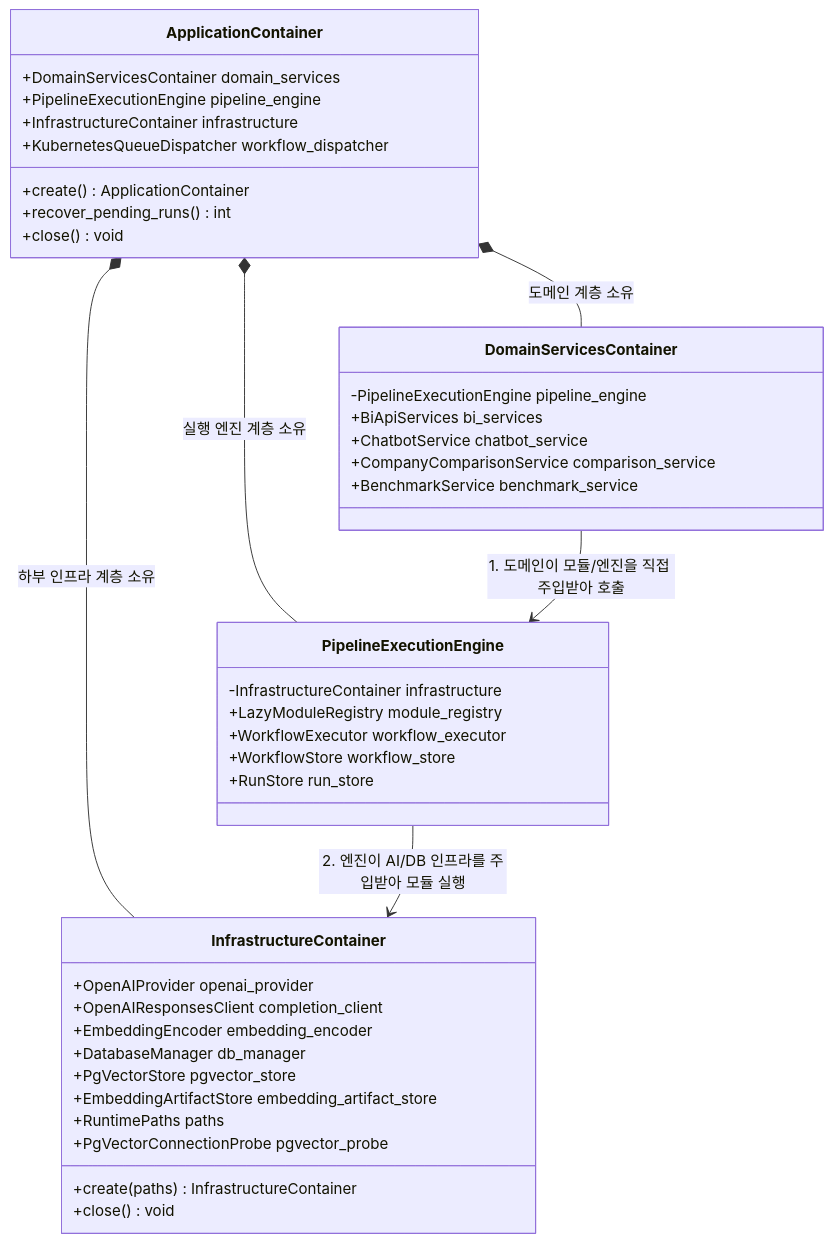
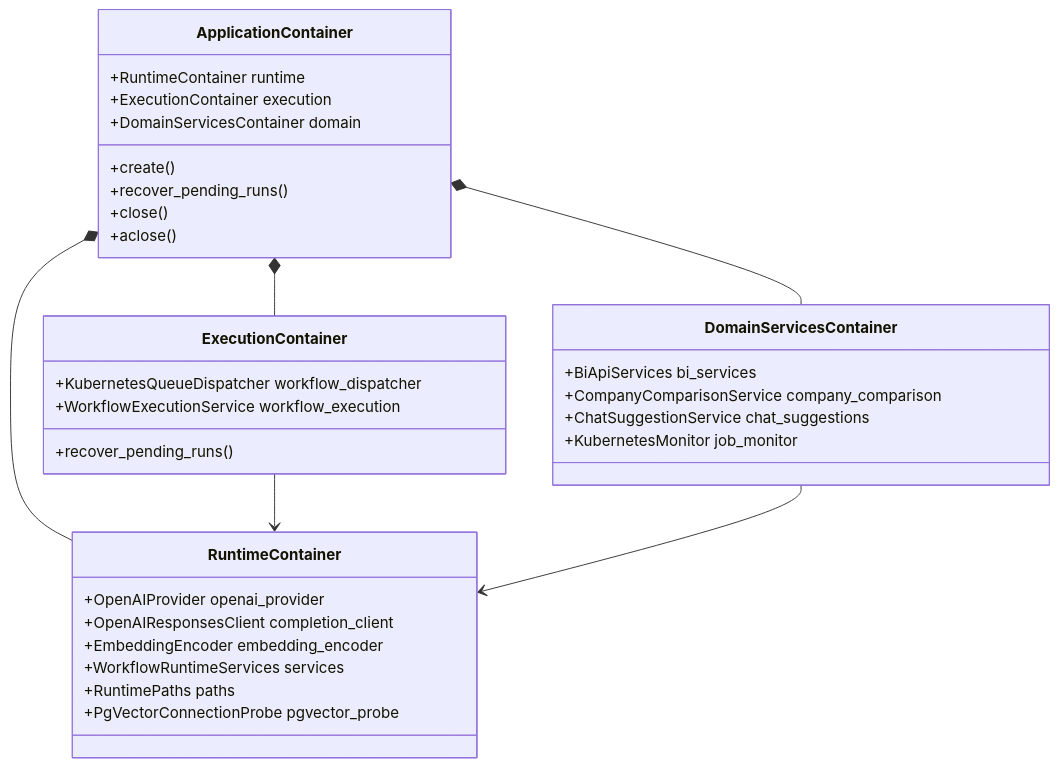
The second of 2 diagrams in docs/blueprints/01_system_blueprints/BP-101_system_architecture_blueprint.md (bist-mini-final/bist-mini-final), drawn with Mermaid before and after one commit. The commit also changed other lines of this file and 205 other files, not shown here.

Commit message:
feat: initialize full-stack workspace architecture with BI analytics, company comparison, and job orchestration modules

````diff
--- a/docs/blueprints/01_system_blueprints/BP-101_system_architecture_blueprint.md
+++ b/docs/blueprints/01_system_blueprints/BP-101_system_architecture_blueprint.md
@@ -125,47 +56,36 @@
 ```mermaid
 classDiagram
     class ApplicationContainer {
-        +DomainServicesContainer domain_services
-        +PipelineExecutionEngine pipeline_engine
-        +InfrastructureContainer infrastructure
-        +KubernetesQueueDispatcher workflow_dispatcher
-        +create() ApplicationContainer
-        +recover_pending_runs() int
-        +close() void
+        +RuntimeContainer runtime
+        +ExecutionContainer execution
+        +DomainServicesContainer domain
+        +create()
+        +recover_pending_runs()
+        +close()
+        +aclose()
     }
-
-    class DomainServicesContainer {
-        -PipelineExecutionEngine pipeline_engine
-        +BiApiServices bi_services
-        +ChatbotService chatbot_service
-        +CompanyComparisonService comparison_service
-        +BenchmarkService benchmark_service
-    }
-
-    class PipelineExecutionEngine {
-        -InfrastructureContainer infrastructure
-        +LazyModuleRegistry module_registry
-        +WorkflowExecutor workflow_executor
-        +WorkflowStore workflow_store
-        +RunStore run_store
-    }
-
-    class InfrastructureContainer {
+    class RuntimeContainer {
         +OpenAIProvider openai_provider
         +OpenAIResponsesClient completion_client
         +EmbeddingEncoder embedding_encoder
-        +DatabaseManager db_manager
-        +PgVectorStore pgvector_store
-        +EmbeddingArtifactStore embedding_artifact_store
+        +WorkflowRuntimeServices services
         +RuntimePaths paths
         +PgVectorConnectionProbe pgvector_probe
-        +create(paths) InfrastructureContainer
-        +close() void
     }
-
-    ApplicationContainer *-- DomainServicesContainer : 도메인 계층 소유
-    ApplicationContainer *-- PipelineExecutionEngine : 실행 엔진 계층 소유
-    ApplicationContainer *-- InfrastructureContainer : 하부 인프라 계층 소유
-    DomainServicesContainer --> PipelineExecutionEngine : 1. 도메인이 모듈/엔진을 직접 주입받아 호출
-    PipelineExecutionEngine --> InfrastructureContainer : 2. 엔진이 AI/DB 인프라를 주입받아 모듈 실행
+    class ExecutionContainer {
+        +KubernetesQueueDispatcher workflow_dispatcher
+        +WorkflowExecutionService workflow_execution
+        +recover_pending_runs()
+    }
+    class DomainServicesContainer {
+        +BiApiServices bi_services
+        +CompanyComparisonService company_comparison
+        +ChatSuggestionService chat_suggestions
+        +KubernetesMonitor job_monitor
+    }
+    ApplicationContainer *-- RuntimeContainer
+    ApplicationContainer *-- ExecutionContainer
+    ApplicationContainer *-- DomainServicesContainer
+    ExecutionContainer --> RuntimeContainer
+    DomainServicesContainer --> RuntimeContainer
 ```
````
